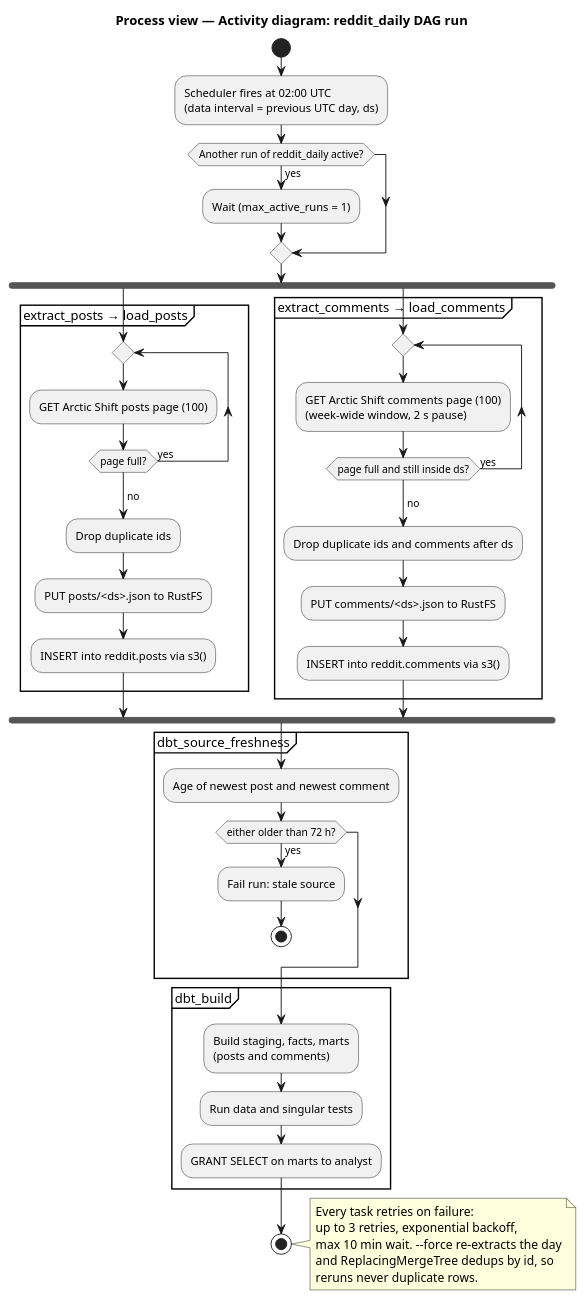
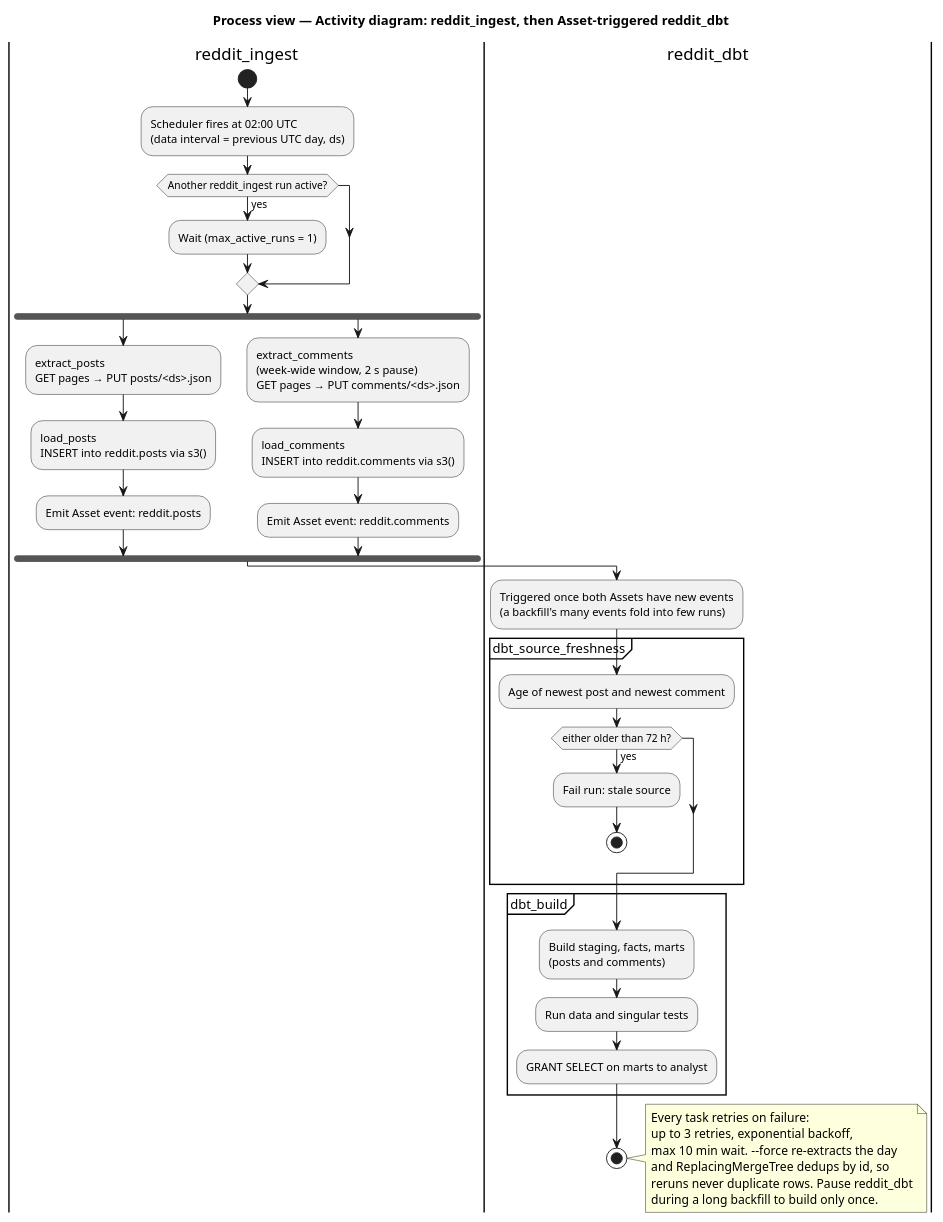
The diagram in docs/architecture/diagrams/activity-dag.puml (modsomjeed/reddit-dataeng), drawn with PlantUML before and after one commit. The commit also changed 9 other files, not shown here.

Commit message:
docs(architecture): show ingestion and dbt as asset-linked dags

```diff
--- a/docs/architecture/diagrams/activity-dag.puml
+++ b/docs/architecture/diagrams/activity-dag.puml
@@ -1,51 +1,43 @@
 @startuml activity-dag
-title Process view — Activity diagram: reddit_daily DAG run
+title Process view — Activity diagram: reddit_ingest, then Asset-triggered reddit_dbt
 skinparam shadowing false
 
+|reddit_ingest|
 start
 :Scheduler fires at 02:00 UTC\n(data interval = previous UTC day, ds);
-if (Another run of reddit_daily active?) then (yes)
+if (Another reddit_ingest run active?) then (yes)
   :Wait (max_active_runs = 1);
 endif
 fork
-  partition "extract_posts → load_posts" {
-    repeat
-      :GET Arctic Shift posts page (100);
-    repeat while (page full?) is (yes)
-    ->no;
-    :Drop duplicate ids;
-    :PUT posts/<ds>.json to RustFS;
-    :INSERT into reddit.posts via s3();
-  }
+  :extract_posts\nGET pages → PUT posts/<ds>.json;
+  :load_posts\nINSERT into reddit.posts via s3();
+  :Emit Asset event: reddit.posts;
 fork again
-  partition "extract_comments → load_comments" {
-    repeat
-      :GET Arctic Shift comments page (100)\n(week-wide window, 2 s pause);
-    repeat while (page full and still inside ds?) is (yes)
-    ->no;
-    :Drop duplicate ids and comments after ds;
-    :PUT comments/<ds>.json to RustFS;
-    :INSERT into reddit.comments via s3();
-  }
+  :extract_comments\n(week-wide window, 2 s pause)\nGET pages → PUT comments/<ds>.json;
+  :load_comments\nINSERT into reddit.comments via s3();
+  :Emit Asset event: reddit.comments;
 end fork
+|reddit_dbt|
+:Triggered once both Assets have new events\n(a backfill's many events fold into few runs);
 partition "dbt_source_freshness" {
   :Age of newest post and newest comment;
   if (either older than 72 h?) then (yes)
     :Fail run: stale source;
     stop
   endif
 }
 partition "dbt_build" {
   :Build staging, facts, marts\n(posts and comments);
   :Run data and singular tests;
   :GRANT SELECT on marts to analyst;
 }
 stop
 note right
   Every task retries on failure:
   up to 3 retries, exponential backoff,
   max 10 min wait. --force re-extracts the day
   and ReplacingMergeTree dedups by id, so
-  reruns never duplicate rows.
+  reruns never duplicate rows. Pause reddit_dbt
+  during a long backfill to build only once.
 end note
 @enduml
```
